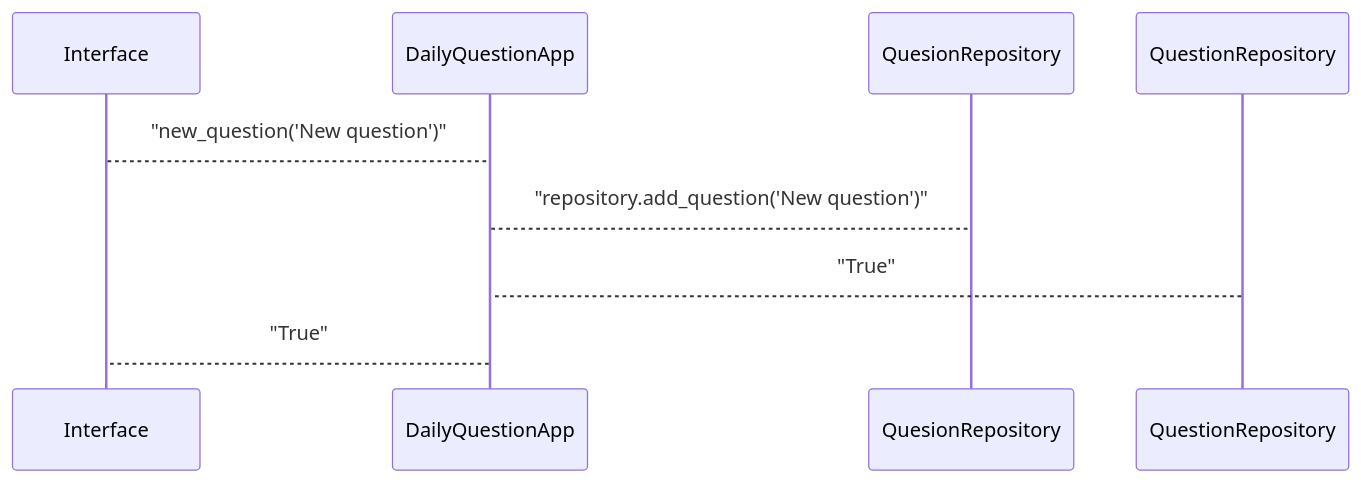
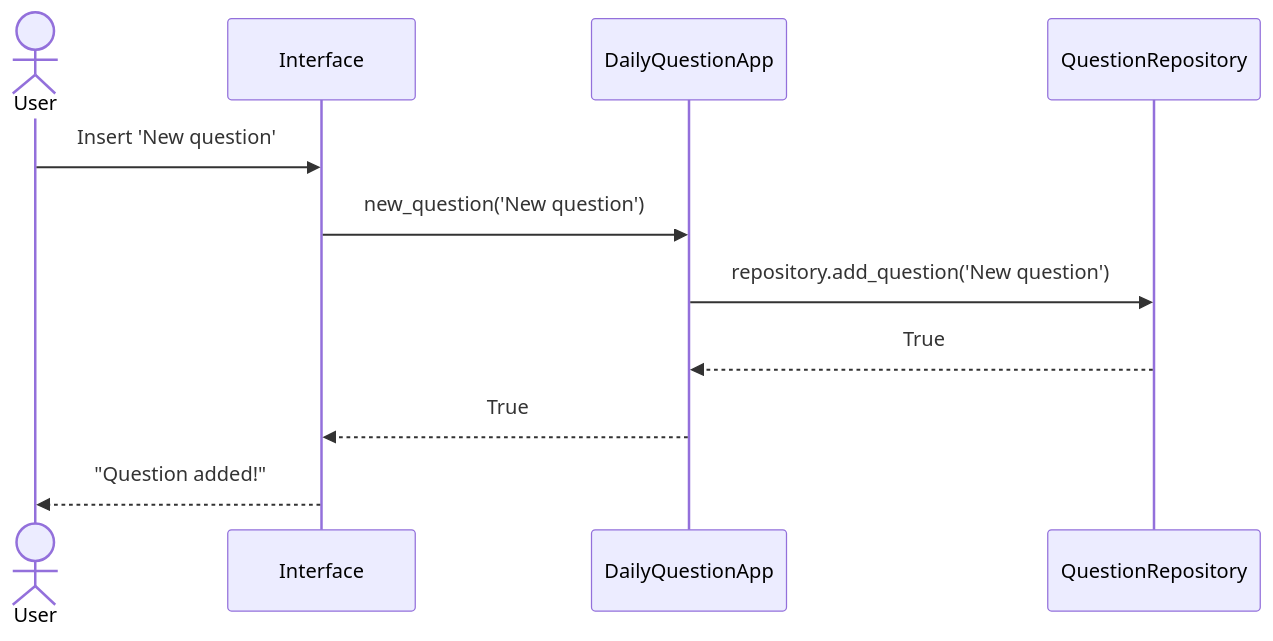
Before and after one commit to codePercidae/ot-harjoitustyo: the second of 2 diagrams in dokumentaatio/arkkitehtuuri.md, drawn with Mermaid.

Commit message:
Finish sequence

````diff
--- a/dokumentaatio/arkkitehtuuri.md
+++ b/dokumentaatio/arkkitehtuuri.md
@@ -22,8 +22,11 @@
 ```mermaid
 sequenceDiagram
-	Interface-->DailyQuestionApp: "new_question('New question')"
-	DailyQuestionApp-->QuesionRepository: "repository.add_question('New question')"
-	QuestionRepository-->DailyQuestionApp: "True"
-	DailyQuestionApp-->Interface: "True"
+	actor User
+	User->>Interface: Insert 'New question'
+	Interface->>DailyQuestionApp: new_question('New question')
+	DailyQuestionApp->>QuestionRepository: repository.add_question('New question')
+	QuestionRepository-->>DailyQuestionApp: True
+	DailyQuestionApp-->>Interface: True
+	Interface-->>User: "Question added!"
 
 ```
````
